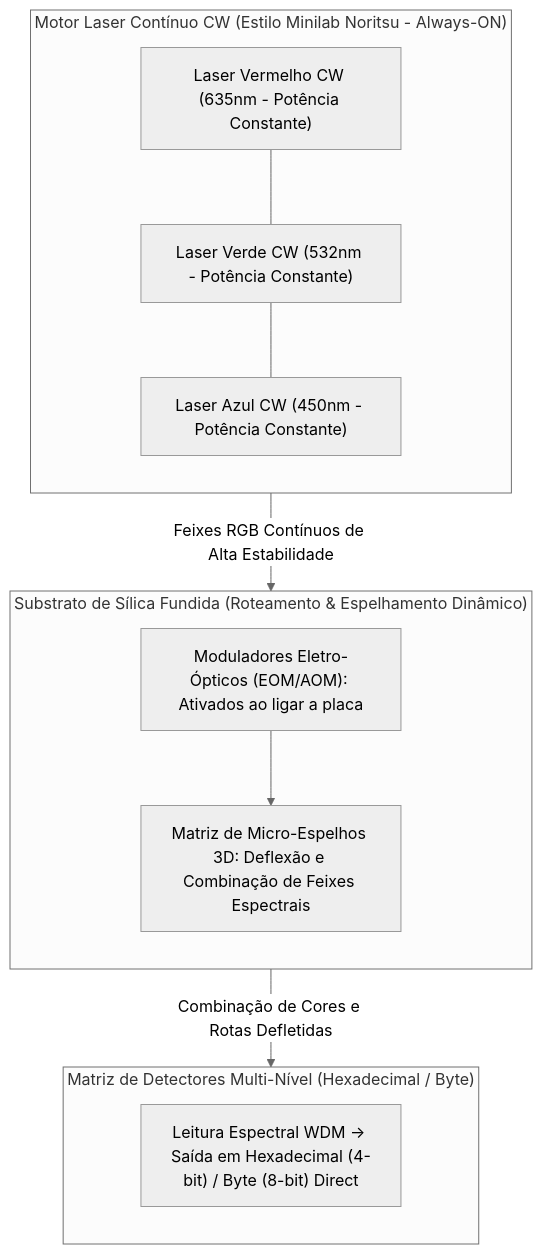
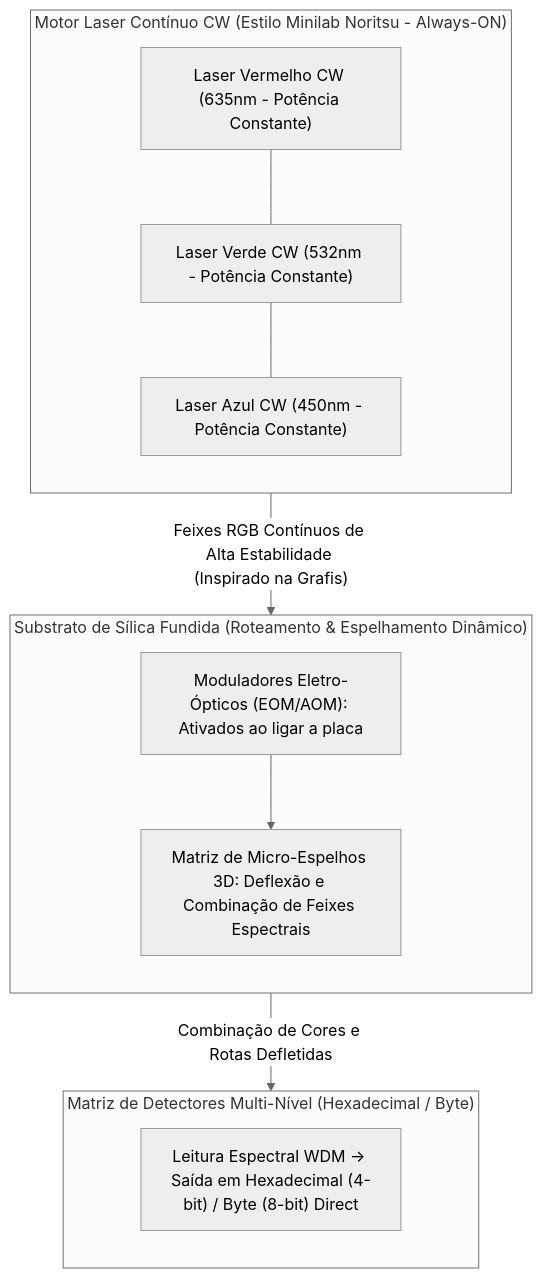
Before and after one commit to Roliveira96/SilicaCore: the diagram in docs/architecture/09-canhoes-laser-continuos-noritsu-e-codificacao-multi-nivel.md, drawn with Mermaid (neutral theme). The commit also changed other lines of this file and 3 other files, not shown here.

````diff
--- a/docs/architecture/09-canhoes-laser-continuos-noritsu-e-codificacao-multi-nivel.md
+++ b/docs/architecture/09-canhoes-laser-continuos-noritsu-e-codificacao-multi-nivel.md
@@ -16,25 +24,25 @@
 ```mermaid
 flowchart TD
     subgraph NoritsuCWEngine["Motor Laser Contínuo CW (Estilo Minilab Noritsu - Always-ON)"]
         direction TB
         LaserR["Laser Vermelho CW (635nm - Potência Constante)"]
         LaserG["Laser Verde CW (532nm - Potência Constante)"]
         LaserB["Laser Azul CW (450nm - Potência Constante)"]
         LaserR --- LaserG --- LaserB
     end
 
     subgraph CuboSilica["Substrato de Sílica Fundida (Roteamento & Espelhamento Dinâmico)"]
         direction TB
         Moduladores["Moduladores Eletro-Ópticos (EOM/AOM): Ativados ao ligar a placa"]
         Espelhos3D["Matriz de Micro-Espelhos 3D: Deflexão e Combinação de Feixes Espectrais"]
         Moduladores --> Espelhos3D
     end
 
     subgraph DetectoresMArio["Matriz de Detectores Multi-Nível (Hexadecimal / Byte)"]
         direction TB
         SensorHex["Leitura Espectral WDM -> Saída em Hexadecimal (4-bit) / Byte (8-bit) Direct"]
     end
 
-    NoritsuCWEngine -- "Feixes RGB Contínuos de Alta Estabilidade" --> CuboSilica
+    NoritsuCWEngine -- "Feixes RGB Contínuos de Alta Estabilidade (Inspirado na Grafis)" --> CuboSilica
     CuboSilica -- "Combinação de Cores e Rotas Defletidas" --> DetectoresMArio
 ```
````
